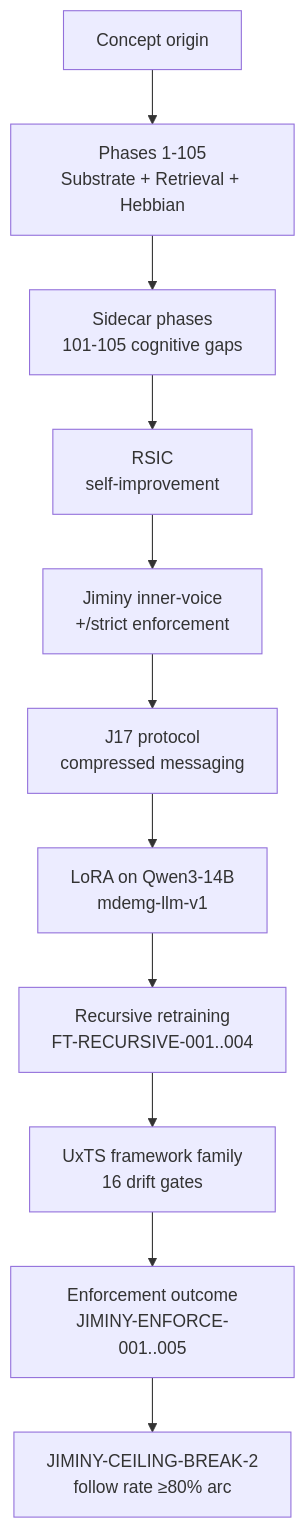
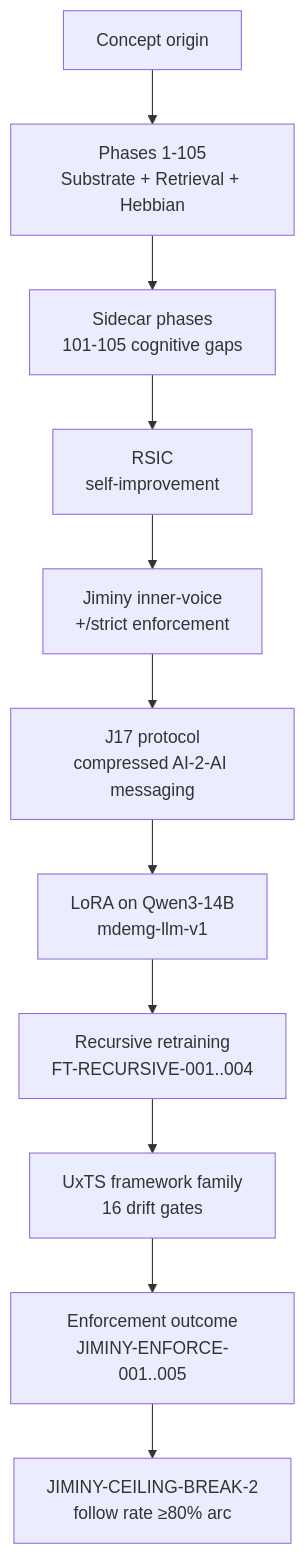
The first of 22 diagrams in docs/onboarding/mdemg-onboarding-deck.md (reh3376/mdemg), drawn with Mermaid before and after one commit. The commit also changed other lines of this file and 16 other files, not shown here.

````diff
--- a/docs/onboarding/mdemg-onboarding-deck.md
+++ b/docs/onboarding/mdemg-onboarding-deck.md
@@ -122,13 +122,13 @@
 ```mermaid
 flowchart TD
   A[Concept origin] --> B[Phases 1-105<br/>Substrate + Retrieval + Hebbian]
   B --> C[Sidecar phases<br/>101-105 cognitive gaps]
   C --> D[RSIC<br/>self-improvement]
   D --> E[Jiminy inner-voice<br/>+/strict enforcement]
-  E --> F[J17 protocol<br/>compressed messaging]
+  E --> F[J17 protocol<br/>compressed AI-2-AI messaging]
   F --> G[LoRA on Qwen3-14B<br/>mdemg-llm-v1]
   G --> H[Recursive retraining<br/>FT-RECURSIVE-001..004]
   H --> I[UxTS framework family<br/>16 drift gates]
   I --> J[Enforcement outcome<br/>JIMINY-ENFORCE-001..005]
   J --> K[JIMINY-CEILING-BREAK-2<br/>follow rate ≥80% arc]
 ```
````
